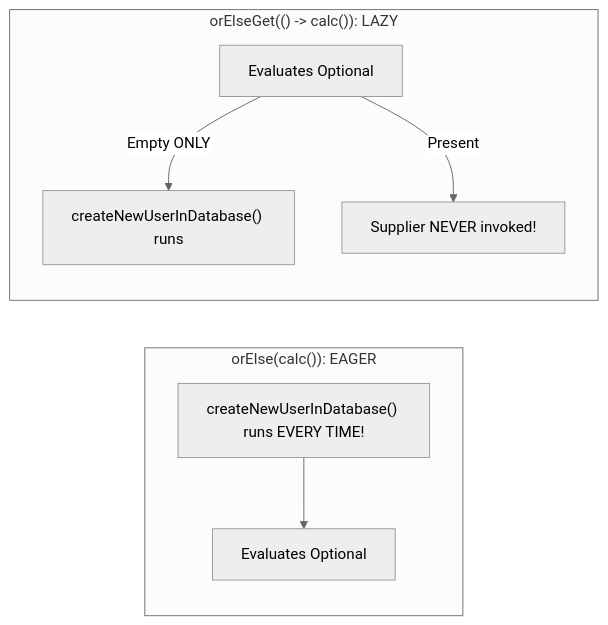
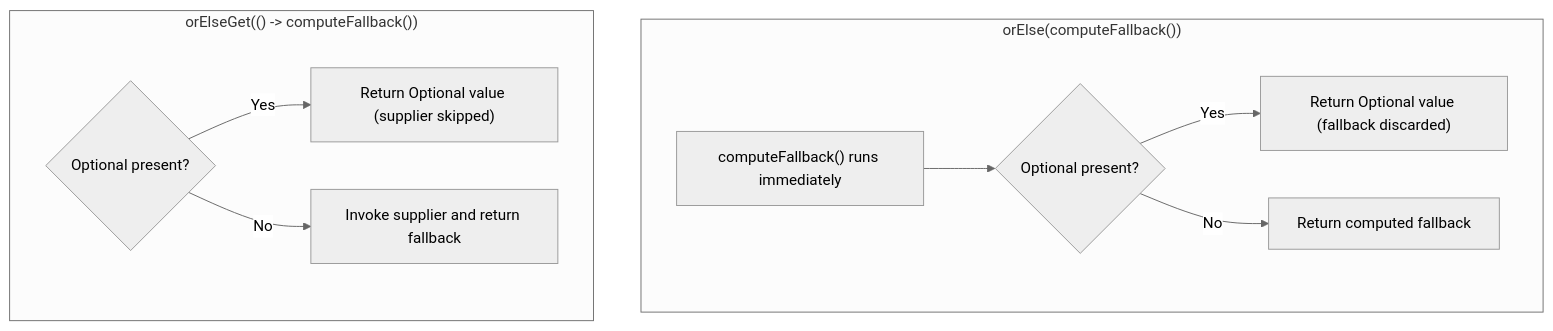
One commit to ravishankar2463/java_hub changed the diagram in content/roadmap/level-4/optional-api.md. Above: the diagram before and after it, drawn with Mermaid (neutral theme). The commit also changed other lines of this file and 119 other files, not shown here.

Commit message:
feat: add comprehensive java learning roadmap content across multiple levels

````diff
--- a/content/roadmap/level-4/optional-api.md
+++ b/content/roadmap/level-4/optional-api.md
@@ -93,11 +83,13 @@
 ```mermaid
-flowchart LR
-    subgraph OrElseEager ["orElse(calc()): EAGER"]
-        EagerCall["createNewUserInDatabase() runs EVERY TIME!"] --> Eval1["Evaluates Optional"]
+flowchart TD
+    subgraph eager ["orElse(computeFallback())"]
+        e1["computeFallback() runs immediately"] --> e2{"Optional present?"}
+        e2 -->|"Yes"| e3["Return Optional value (fallback discarded)"]
+        e2 -->|"No"| e4["Return computed fallback"]
     end
 
-    subgraph OrElseGetLazy ["orElseGet(() -&gt; calc()): LAZY"]
-        Eval2["Evaluates Optional"] -->|"Empty ONLY"| LazyCall["createNewUserInDatabase() runs"]
-        Eval2 -->|"Present"| Skip["Supplier NEVER invoked!"]
+    subgraph lazy ["orElseGet(() -> computeFallback())"]
+        l1{"Optional present?"} -->|"Yes"| l2["Return Optional value (supplier skipped)"]
+        l1 -->|"No"| l3["Invoke supplier and return fallback"]
     end
 ```
````
